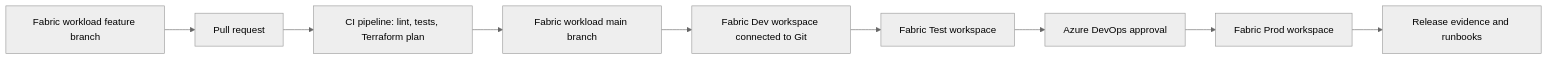
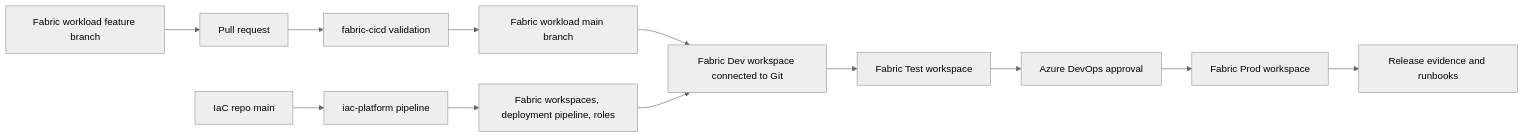
Before and after one commit to Muz-tek/fabric-cicd: the diagram in IMPLEMENTATION_GUIDE.md, drawn with Mermaid (neutral theme). The commit also changed other lines of this file and 31 other files, not shown here.

````diff
--- a/IMPLEMENTATION_GUIDE.md
+++ b/IMPLEMENTATION_GUIDE.md
@@ -23,11 +29,14 @@
 ```mermaid
 flowchart LR
+  IaC["IaC repo main"] --> Platform["iac-platform pipeline"]
+  Platform --> Infra["Fabric workspaces, deployment pipeline, roles"]
   Dev["Fabric workload feature branch"] --> PR["Pull request"]
-  PR --> CI["CI pipeline: lint, tests, Terraform plan"]
+  PR --> CI["fabric-cicd validation"]
   CI --> Main["Fabric workload main branch"]
   Main --> DevWS["Fabric Dev workspace connected to Git"]
+  Infra --> DevWS
   DevWS --> TestWS["Fabric Test workspace"]
   TestWS --> Approval["Azure DevOps approval"]
   Approval --> ProdWS["Fabric Prod workspace"]
   ProdWS --> Evidence["Release evidence and runbooks"]
 ```
````
